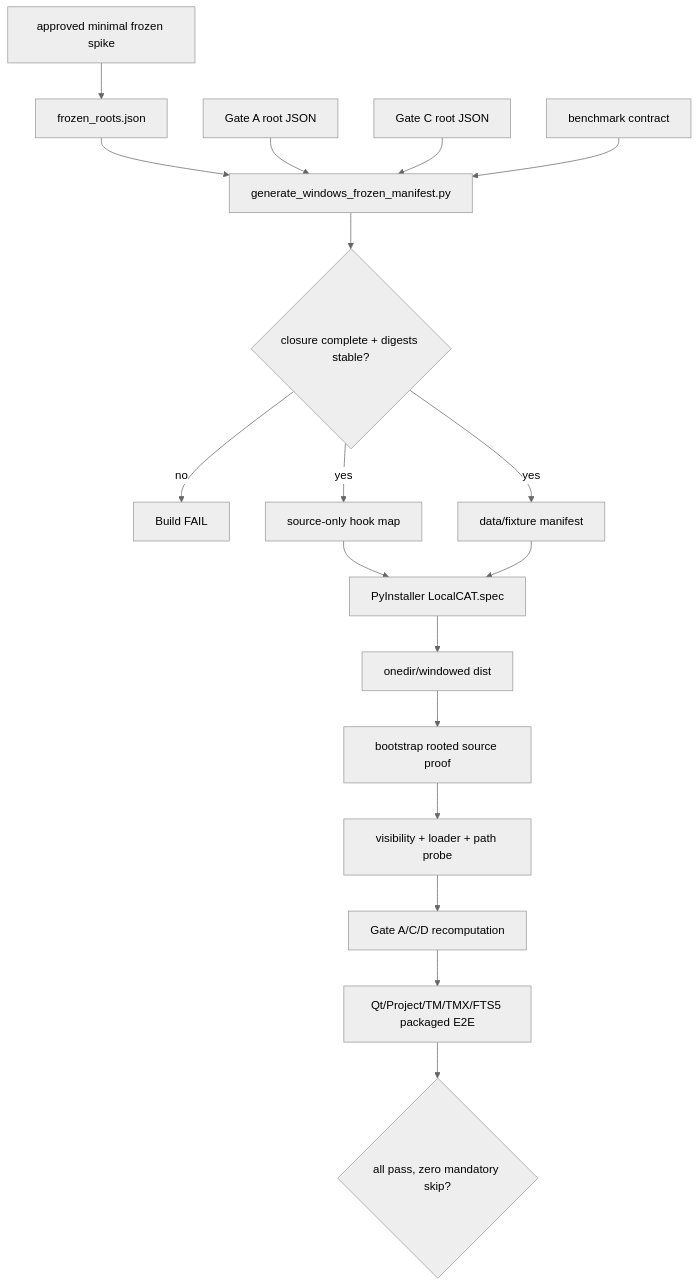
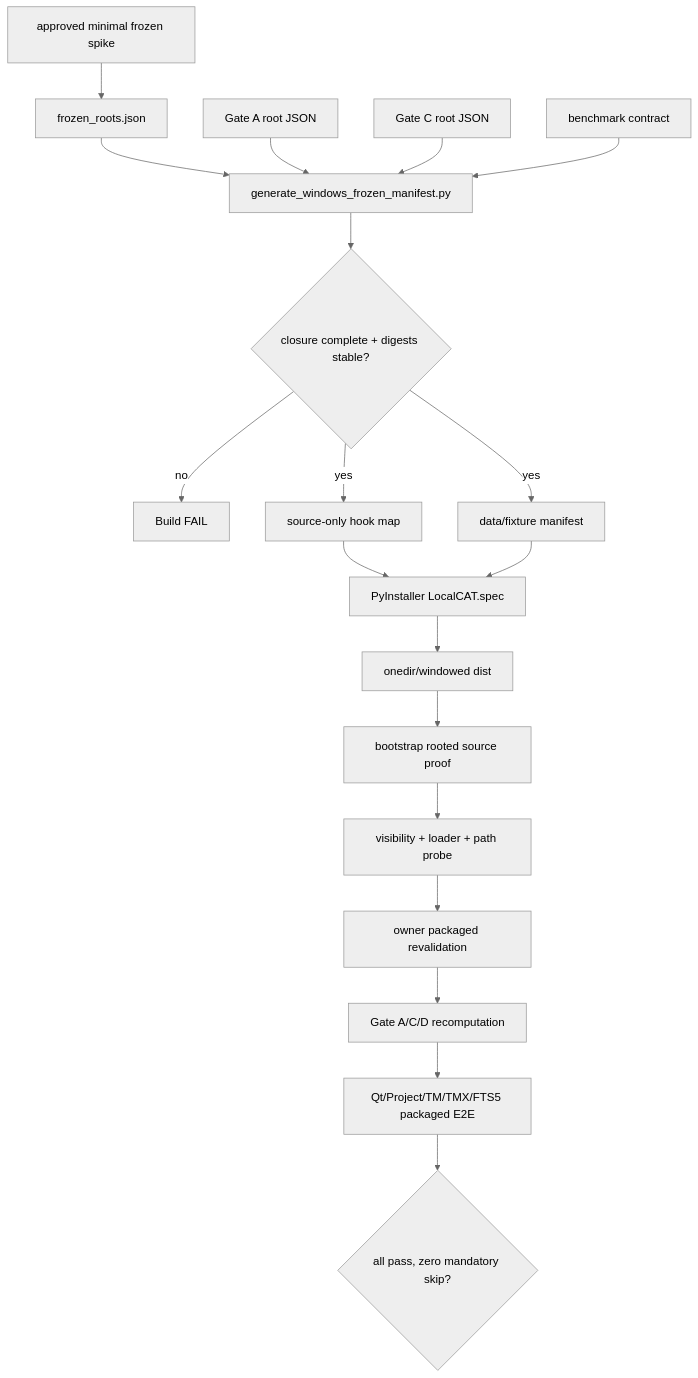
Before and after one commit to BeFringe/LocalCAT: the fourth of 4 diagrams in .kiro/specs/windows-platform-enablement/design.md, drawn with Mermaid (neutral theme). The commit also changed other lines of this file and 29 other files, not shown here.

````diff
--- a/.kiro/specs/windows-platform-enablement/design.md
+++ b/.kiro/specs/windows-platform-enablement/design.md
@@ -374,20 +393,21 @@
 ```mermaid
 flowchart TD
     SPIKE[approved minimal frozen spike] --> ROOTS[frozen_roots.json]
     ROOTS --> GEN[generate_windows_frozen_manifest.py]
     GATEA[Gate A root JSON] --> GEN
     GATEC[Gate C root JSON] --> GEN
     GATED[benchmark contract] --> GEN
     GEN --> CHECK{closure complete + digests stable?}
     CHECK -- no --> STOP[Build FAIL]
     CHECK -- yes --> HOOK[source-only hook map]
     CHECK -- yes --> DATA[data/fixture manifest]
     HOOK --> PYI[PyInstaller LocalCAT.spec]
     DATA --> PYI
     PYI --> DIST[onedir/windowed dist]
     DIST --> BOOT[bootstrap rooted source proof]
     BOOT --> VIS[visibility + loader + path probe]
-    VIS --> GATES[Gate A/C/D recomputation]
+    VIS --> OWNERS[owner packaged revalidation]
+    OWNERS --> GATES[Gate A/C/D recomputation]
     GATES --> E2E[Qt/Project/TM/TMX/FTS5 packaged E2E]
     E2E --> RELEASE{all pass, zero mandatory skip?}
 ```
````
